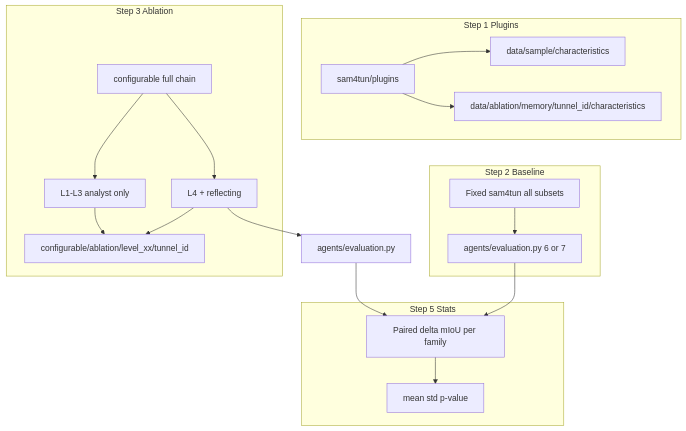
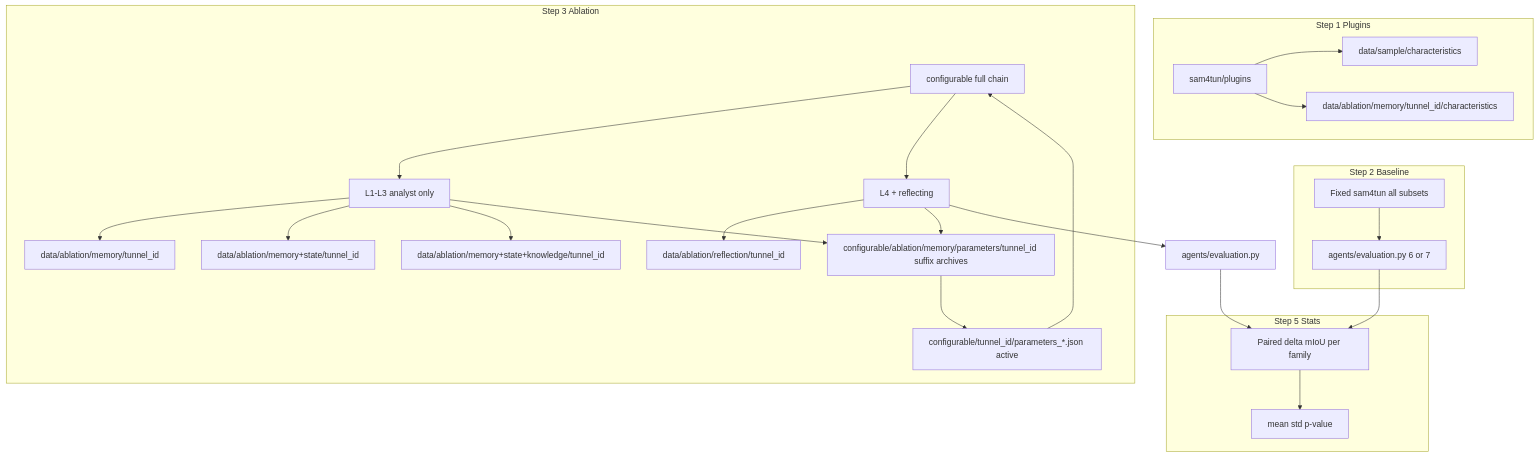
One commit to Tao-Robominds/R4Tun changed the diagram in methods/plans/steps/00_methodology_chain.md. Above: the diagram before and after it, drawn with Mermaid. The commit also changed other lines of this file and 52 other files, not shown here.

````diff
--- a/methods/plans/steps/00_methodology_chain.md
+++ b/methods/plans/steps/00_methodology_chain.md
@@ -104,32 +149,43 @@
 ```mermaid
 flowchart TB
   subgraph plugins [Step 1 Plugins]
     P[sam4tun/plugins]
     S[data/sample/characteristics]
     U[data/ablation/memory/tunnel_id/characteristics]
     P --> S
     P --> U
   end
   subgraph base [Step 2 Baseline]
     B[Fixed sam4tun all subsets]
     E1[agents/evaluation.py 6 or 7]
     B --> E1
   end
   subgraph abl [Step 3 Ablation]
     C[configurable full chain]
     A1[L1-L3 analyst only]
     A4[L4 + reflecting]
+    D1[data/ablation/memory/tunnel_id]
+    D2[data/ablation/memory+state/tunnel_id]
+    D3[data/ablation/memory+state+knowledge/tunnel_id]
+    D4[data/ablation/reflection/tunnel_id]
+    PM[configurable/ablation/memory/parameters/tunnel_id suffix archives]
+    CA[configurable/tunnel_id/parameters_*.json active]
     C --> A1
     C --> A4
-    PA[configurable/ablation/level_xx/tunnel_id]
-    A1 --> PA
-    A4 --> PA
+    A1 --> D1
+    A1 --> D2
+    A1 --> D3
+    A4 --> D4
+    A1 --> PM
+    A4 --> PM
+    PM --> CA
+    CA --> C
   end
   subgraph stats [Step 5 Stats]
     T[Paired delta mIoU per family]
     T --> M[mean std p-value]
   end
   E1 --> T
   A4 --> E2[agents/evaluation.py]
   E2 --> T
 ```
````
